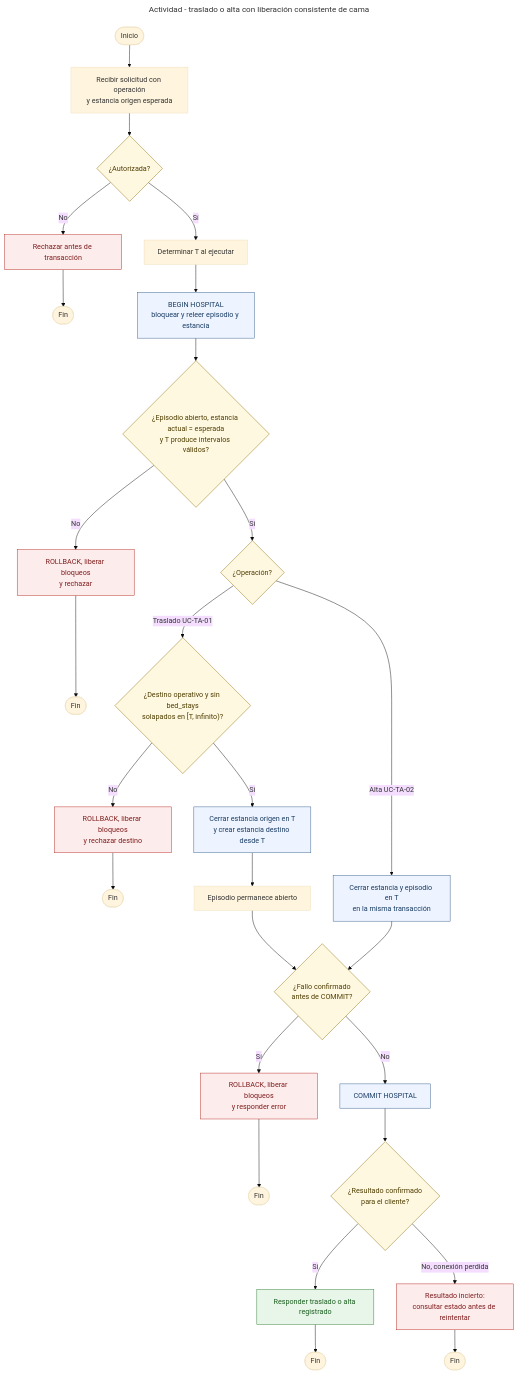
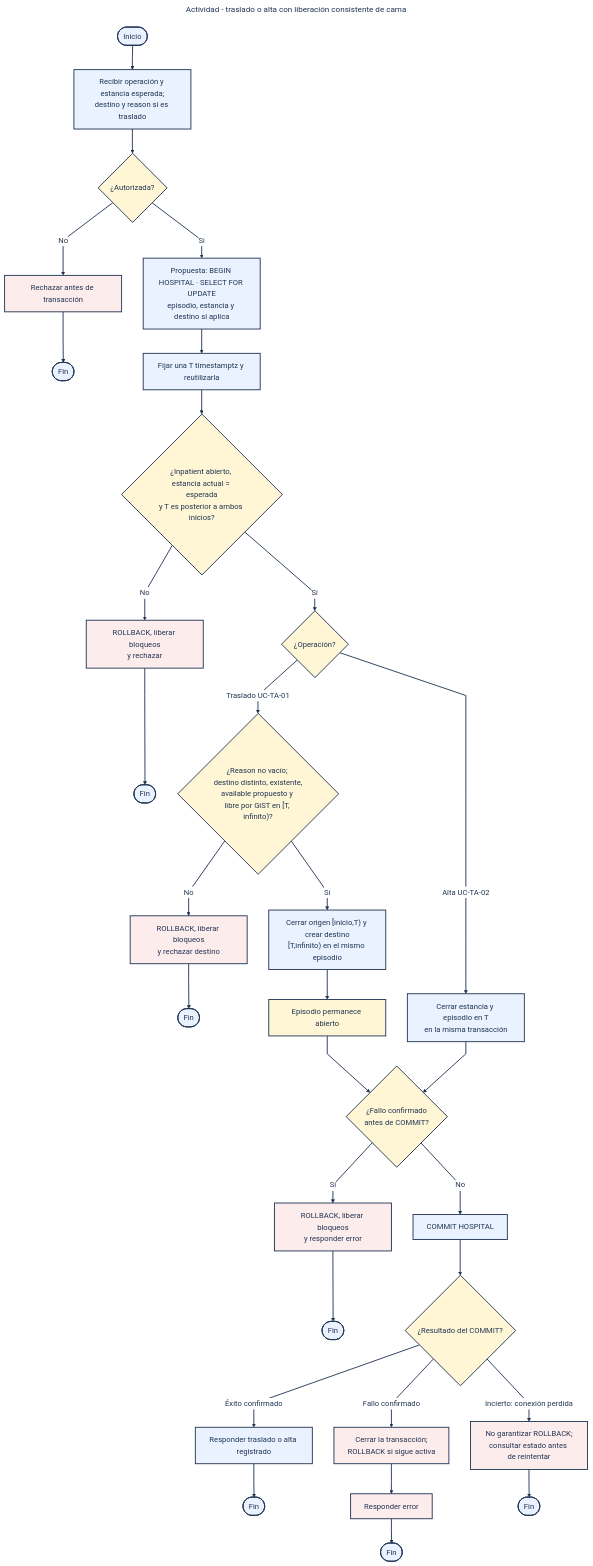
One commit to AxelHerrera11/sistema-hospitalario-integrado changed the diagram in docs/traslados-altas/semana-01/fuentes/02-actividad.mmd. Above: the diagram before and after it, drawn with Mermaid. The commit also changed 7 other files, not shown here.

Commit message:
docs(asii-08): finalizar diagramas y narrativa de semana 1

```diff
--- a/docs/traslados-altas/semana-01/fuentes/02-actividad.mmd
+++ b/docs/traslados-altas/semana-01/fuentes/02-actividad.mmd
@@ -1,32 +1,56 @@
 ---
 title: "Actividad - traslado o alta con liberación consistente de cama"
+config:
+  theme: base
+  look: classic
+  themeVariables:
+    background: "#FFFFFF"
+    primaryColor: "#EAF2FF"
+    primaryBorderColor: "#203453"
+    primaryTextColor: "#203453"
+    secondaryColor: "#FDECEC"
+    tertiaryColor: "#FFF6D5"
+    lineColor: "#203453"
+    edgeLabelBackground: "#FFFFFF"
+    titleColor: "#203453"
+    fontFamily: "Arial, sans-serif"
+    fontSize: "17px"
+  flowchart:
+    curve: linear
+    nodeSpacing: 48
+    rankSpacing: 54
+    diagramPadding: 28
+    useMaxWidth: false
 ---
-%%{init: {"theme":"base","look":"classic","themeVariables":{"fontFamily":"Arial, sans-serif"}}}%%
 flowchart TD
-  classDef ok fill:#E8F5E9,stroke:#2E7D32,color:#1B5E20
-  classDef err fill:#FDECEC,stroke:#B3261E,color:#7F1D1D
-  classDef dec fill:#FFF8E1,stroke:#8A6D00,color:#4E3D00
-  classDef tx fill:#EEF4FF,stroke:#315B8A,color:#183B63
+  classDef main fill:#EAF2FF,stroke:#203453,color:#203453,stroke-width:2px
+  classDef err fill:#FDECEC,stroke:#203453,color:#203453,stroke-width:2px
+  classDef dec fill:#FFF6D5,stroke:#203453,color:#203453,stroke-width:2px
+  classDef note fill:#FFF6D5,stroke:#203453,color:#203453,stroke-width:2px
 
-  I([Inicio]) --> S[Recibir solicitud con operación<br/>y estancia origen esperada]
+  I([Inicio]):::main --> S[Recibir operación y estancia esperada;<br/>destino y reason si es traslado]:::main
   S --> A{¿Autorizada?}:::dec
-  A -- No --> E1[Rechazar antes de transacción]:::err --> F1([Fin])
-  A -- Sí --> T[Determinar T al ejecutar]
-  T --> B[BEGIN HOSPITAL<br/>bloquear y releer episodio y estancia]:::tx
-  B --> V{¿Episodio abierto, estancia actual = esperada<br/>y T produce intervalos válidos?}:::dec
-  V -- No --> R1[ROLLBACK, liberar bloqueos<br/>y rechazar]:::err --> F2([Fin])
+  A -- No --> E1[Rechazar antes de transacción]:::err --> F1([Fin]):::main
+  A -- Sí --> B[Propuesta: BEGIN HOSPITAL · SELECT FOR UPDATE<br/>episodio, estancia y destino si aplica]:::main
+  B --> T[Fijar una T timestamptz y reutilizarla]:::main
+  T --> V{¿Inpatient abierto, estancia actual = esperada<br/>y T es posterior a ambos inicios?}:::dec
+  V -- No --> R1[ROLLBACK, liberar bloqueos<br/>y rechazar]:::err --> F2([Fin]):::main
   V -- Sí --> O{¿Operación?}:::dec
 
-  O -- Traslado UC-TA-01 --> D{"¿Destino operativo y sin bed_stays<br/>solapados en [T, infinito)?"}:::dec
-  D -- No --> R2[ROLLBACK, liberar bloqueos<br/>y rechazar destino]:::err --> F3([Fin])
-  D -- Sí --> M1[Cerrar estancia origen en T<br/>y crear estancia destino desde T]:::tx
-  M1 --> P[Episodio permanece abierto]
+  O -- Traslado UC-TA-01 --> D{"¿Reason no vacío; destino distinto, existente,<br/>available propuesto y libre por GiST en [T, infinito)?"}:::dec
+  D -- No --> R2[ROLLBACK, liberar bloqueos<br/>y rechazar destino]:::err --> F3([Fin]):::main
+  D -- Sí --> M1["Cerrar origen [inicio,T) y crear destino<br/>[T,infinito) en el mismo episodio"]:::main
+  M1 --> P[Episodio permanece abierto]:::note
 
-  O -- Alta UC-TA-02 --> M2[Cerrar estancia y episodio en T<br/>en la misma transacción]:::tx
+  O -- Alta UC-TA-02 --> M2[Cerrar estancia y episodio en T<br/>en la misma transacción]:::main
   P --> X{¿Fallo confirmado<br/>antes de COMMIT?}:::dec
   M2 --> X
-  X -- Sí --> R3[ROLLBACK, liberar bloqueos<br/>y responder error]:::err --> F4([Fin])
-  X -- No --> C[COMMIT HOSPITAL]:::tx
-  C --> Q{¿Resultado confirmado<br/>para el cliente?}:::dec
-  Q -- Sí --> OK[Responder traslado o alta registrado]:::ok --> F5([Fin])
-  Q -- No, conexión perdida --> U[Resultado incierto:<br/>consultar estado antes de reintentar]:::err --> F6([Fin])
+  X -- Sí --> R3[ROLLBACK, liberar bloqueos<br/>y responder error]:::err --> F4([Fin]):::main
+  X -- No --> C[COMMIT HOSPITAL]:::main
+  C --> Q{¿Resultado del COMMIT?}:::dec
+  Q -- Éxito confirmado --> OK[Responder traslado o alta registrado]:::main --> F5([Fin]):::main
+  Q -- Fallo confirmado --> RC[Cerrar la transacción;<br/>ROLLBACK si sigue activa]:::err
+  RC --> EC[Responder error]:::err --> F6([Fin]):::main
+  Q -- Incierto: conexión perdida --> U[No garantizar ROLLBACK;<br/>consultar estado antes de reintentar]:::err --> F7([Fin]):::main
+
+  linkStyle default stroke:#203453,stroke-width:2px,color:#203453
```
